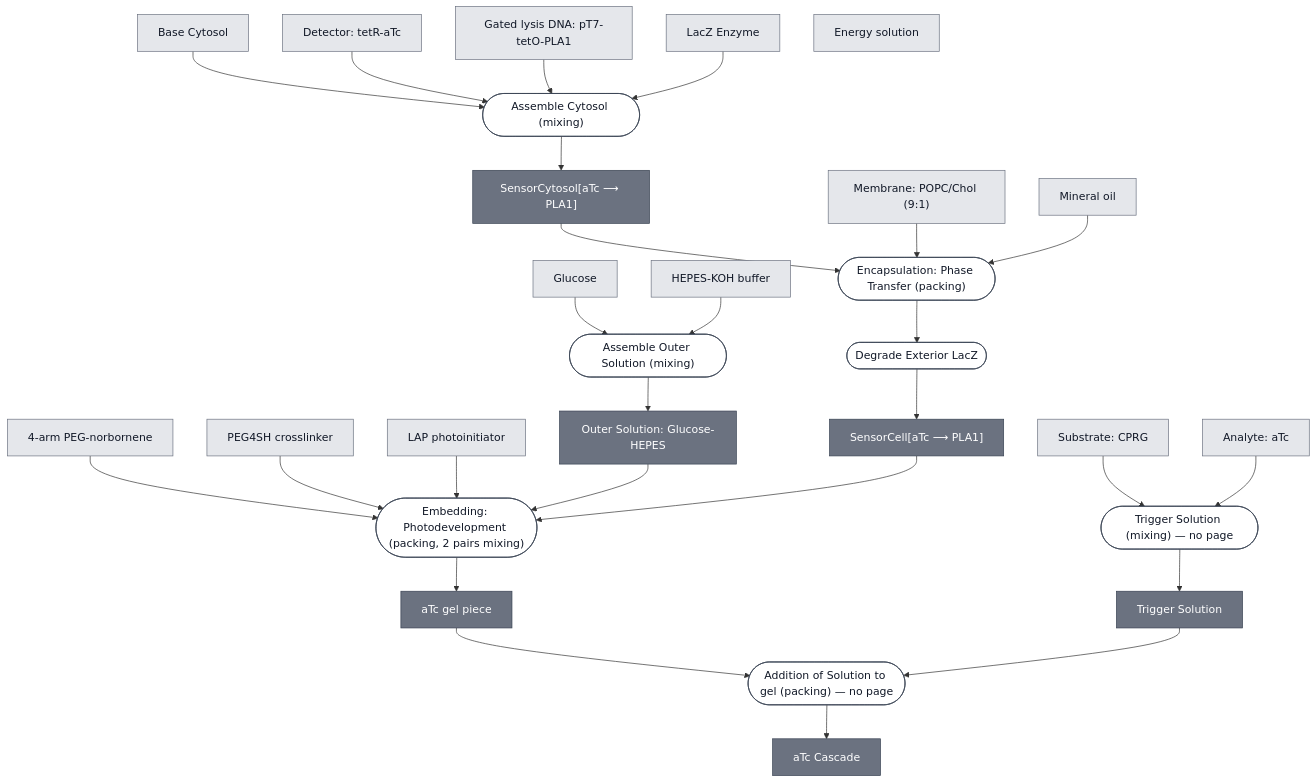
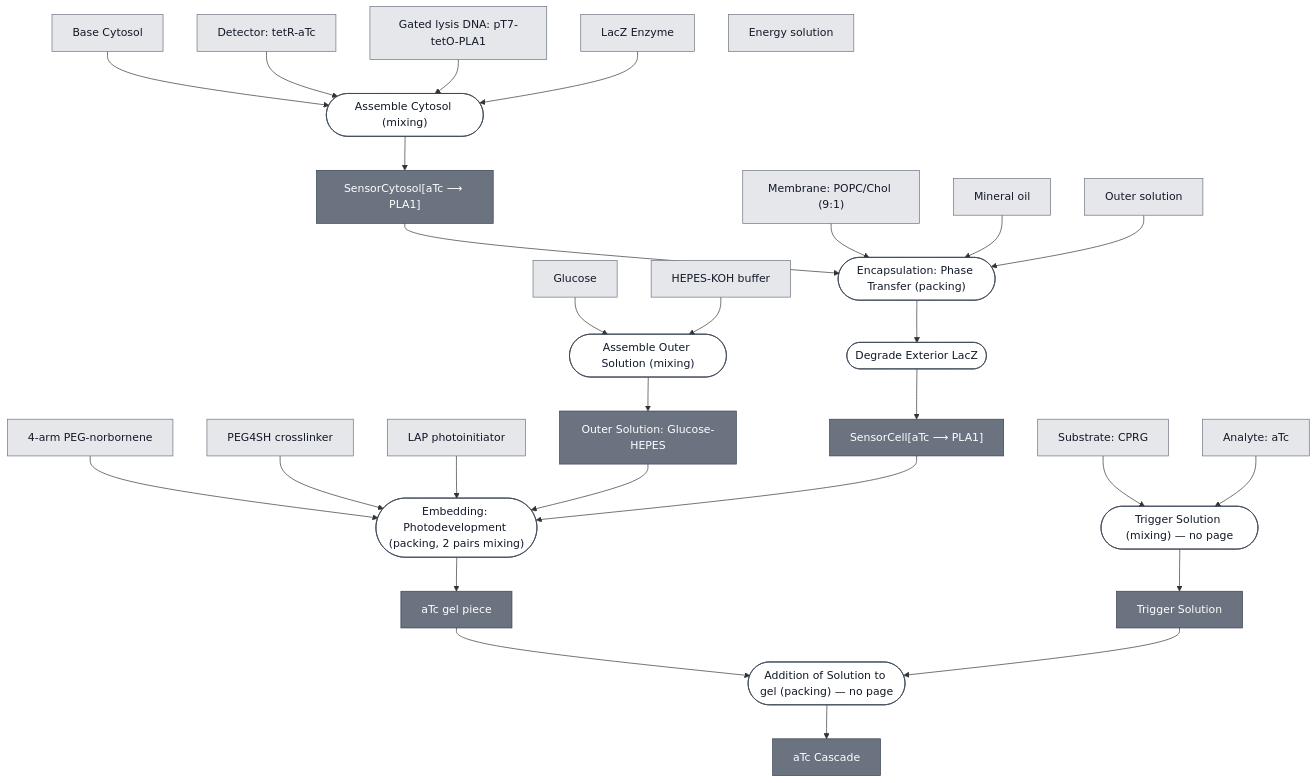
The diagram in docs/modules/atc-cascade/spec.md (nucleus-eng/nucleus-docs), drawn with Mermaid before and after one commit. The commit also changed 41 other files, not shown here.

````diff
--- a/docs/modules/atc-cascade/spec.md
+++ b/docs/modules/atc-cascade/spec.md
@@ -34,5 +34,6 @@
 ```mermaid
 flowchart TD
+    OUTER_SOLUTION["Outer solution"]
     BASE_CYTOSOL["Base Cytosol"]
     DETECTOR_TETR_ATC["Detector: tetR-aTc"]
     EFFECTOR_PLA1_TETO["Gated lysis DNA: pT7-tetO-PLA1"]
@@ -75,6 +76,7 @@
     ATC_SENSOR_CYTOSOL --> P3_ENCAPSULATE_0
     MEMBRANE_POPC_CHOL_9_1 --> P3_ENCAPSULATE_0
     MINERAL_OIL --> P3_ENCAPSULATE_0
+    OUTER_SOLUTION --> P3_ENCAPSULATE_0
     P3_ENCAPSULATE_0 --> P3_ENCAPSULATE_1
     P3_ENCAPSULATE_1 --> ATC_SENSING_CELL
 
@@ -97,10 +99,11 @@
     classDef leaf     fill:#e5e7eb,stroke:#6b7280,color:#111827;
     classDef composed fill:#6b7280,stroke:#374151,color:#ffffff;
     classDef process  fill:#ffffff,stroke:#374151,color:#111827;
-    class BASE_CYTOSOL,DETECTOR_TETR_ATC,EFFECTOR_PLA1_TETO,REPORTER_LACZ_ENZYME,MEMBRANE_POPC_CHOL_9_1,SUBSTRATE_CPRG,MINERAL_OIL,ANALYTE_ATC,GLUCOSE,HEPES_KOH,ENERGY_SOLUTION,PEG_NORBORNENE_MONOMER,PEG4SH,LAP leaf;
+    class OUTER_SOLUTION,BASE_CYTOSOL,DETECTOR_TETR_ATC,EFFECTOR_PLA1_TETO,REPORTER_LACZ_ENZYME,MEMBRANE_POPC_CHOL_9_1,SUBSTRATE_CPRG,MINERAL_OIL,ANALYTE_ATC,GLUCOSE,HEPES_KOH,ENERGY_SOLUTION,PEG_NORBORNENE_MONOMER,PEG4SH,LAP leaf;
     class OUTER_SOLUTION_GLUCOSE_HEPES,ATC_SENSOR_CYTOSOL,ATC_SENSING_CELL,ATC_GEL,ATC_TRIGGER_SOLUTION,ATC_CASCADE composed;
     class P1_ASSEMBLE_OUTER_SOLUTION_0,P2_ASSEMBLE_CYTOSOL_0,P3_ENCAPSULATE_0,P3_ENCAPSULATE_1,P4_EMBED_PHOTODEVELOPMENT_0,P5_ASSEMBLE_TRIGGER_SOLUTION_0,P6_DOSE_TRIGGER_SOLUTION_0 process;
 
+    click OUTER_SOLUTION "/docs/modules/outer-solution/spec"
     click BASE_CYTOSOL "/docs/modules/base-cytosol/spec"
     click DETECTOR_TETR_ATC "/docs/modules/detector-tetr-atc/spec"
     click REPORTER_LACZ_ENZYME "/docs/modules/reporter-lacz-enzyme/spec"
````
